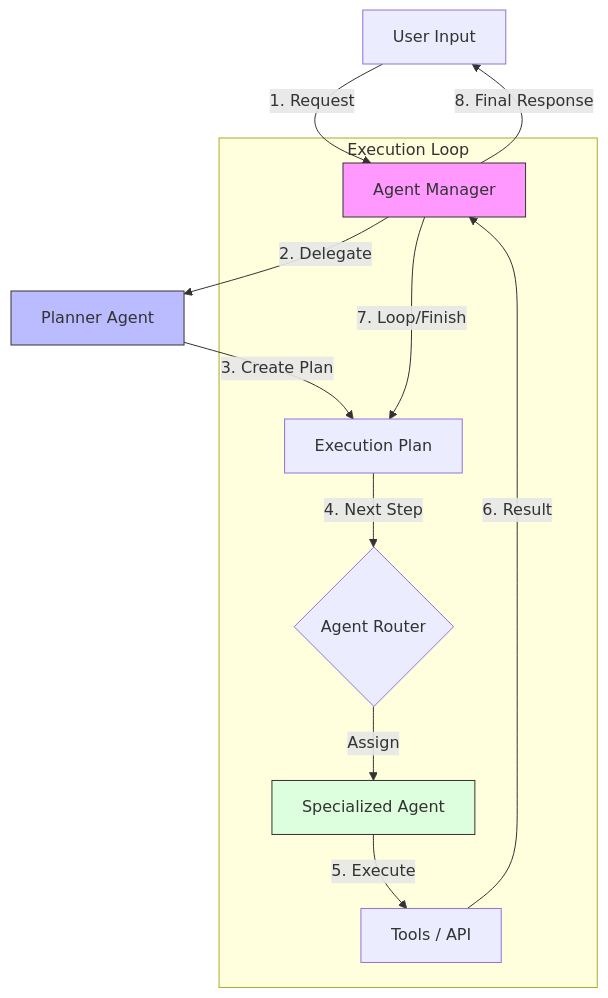
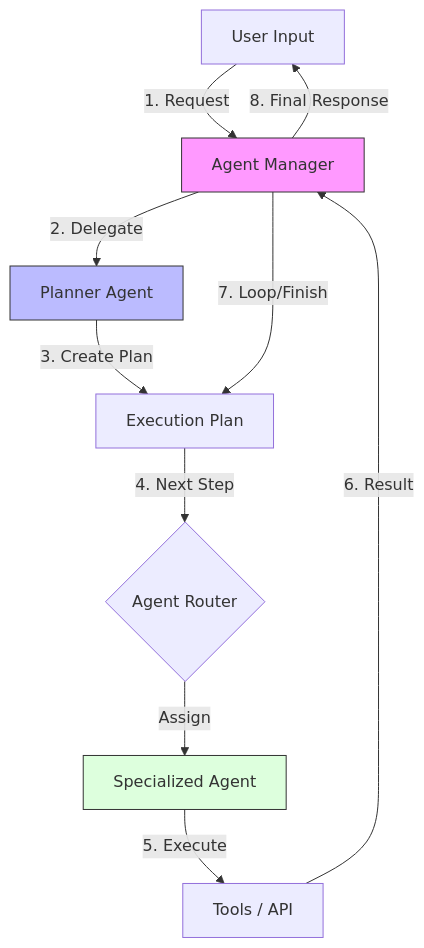
One commit to PrithvirajSinghChauhan8444/AI-Personal-Assistant-Backend changed the diagram in README.md. Above: the diagram before and after it, drawn with Mermaid.

Commit message:
improved readme graph

````diff
--- a/README.md
+++ b/README.md
@@ -25,20 +25,18 @@
     ```mermaid
     graph TD
         User[User Input] -->|1. Request| Manager[Agent Manager]
         Manager -->|2. Delegate| Planner[Planner Agent]
         Planner -->|3. Create Plan| Plan[Execution Plan]
 
-        subgraph Execution Loop
-            Plan -->|4. Next Step| Router{Agent Router}
-            Router -->|Assign| AgentA[Specialized Agent]
-            AgentA -->|5. Execute| Tools[Tools / API]
-            Tools -->|6. Result| Manager
-        end
+        Plan -->|4. Next Step| Router{Agent Router}
+        Router -->|Assign| AgentA[Specialized Agent]
+        AgentA -->|5. Execute| Tools[Tools / API]
+        Tools -->|6. Result| Manager
 
         Manager -->|7. Loop/Finish| Plan
         Manager -->|8. Final Response| User
 
         style Manager fill:#f9f,stroke:#333
         style Planner fill:#bbf,stroke:#333
         style AgentA fill:#dfd,stroke:#333
     ```
````
